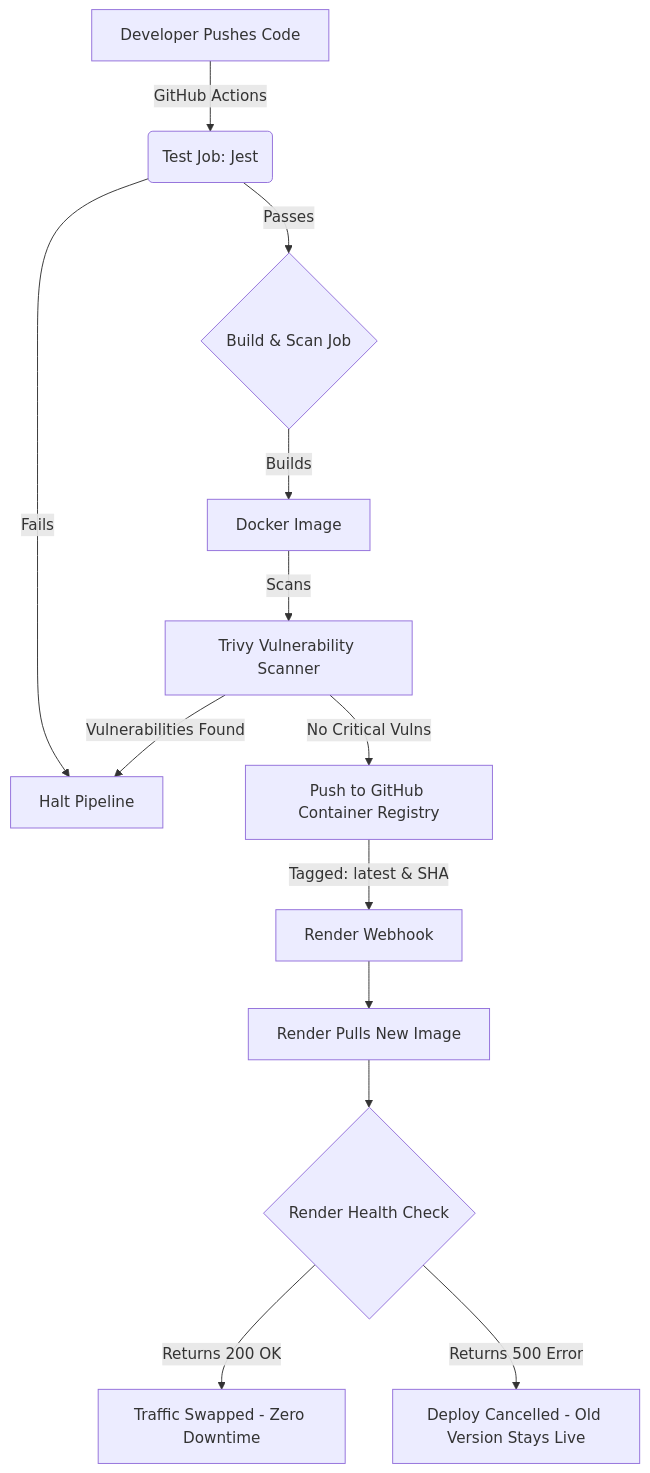
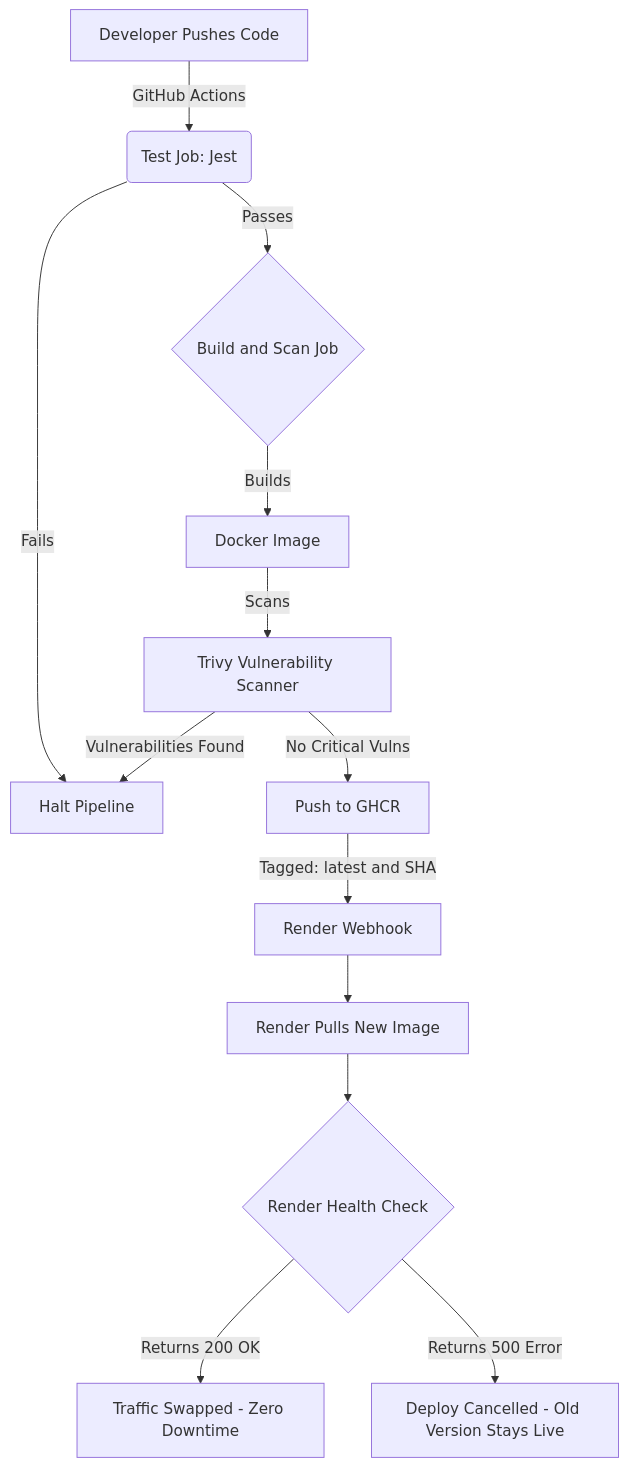
One commit to Shubhamsah27/Automated_Deployment changed the diagram in README.md. Above: the diagram before and after it, drawn with Mermaid.

Commit message:
Docs: Fix Mermaid diagram syntax

````diff
--- a/README.md
+++ b/README.md
@@ -16,18 +16,18 @@
 ```mermaid
 graph TD
     A[Developer Pushes Code] -->|GitHub Actions| B(Test Job: Jest)
-    B -->|Passes| C{Build & Scan Job}
+    B -->|Passes| C{Build and Scan Job}
     B -->|Fails| X[Halt Pipeline]
     
     C -->|Builds| D[Docker Image]
     D -->|Scans| E[Trivy Vulnerability Scanner]
-    E -->|No Critical Vulns| F[Push to GitHub Container Registry]
+    E -->|No Critical Vulns| F[Push to GHCR]
     E -->|Vulnerabilities Found| X
     
-    F -->|Tagged: latest & SHA| G[Render Webhook]
+    F -->|Tagged: latest and SHA| G[Render Webhook]
     G --> H[Render Pulls New Image]
     H --> I{Render Health Check}
     
     I -->|Returns 200 OK| J[Traffic Swapped - Zero Downtime]
     I -->|Returns 500 Error| K[Deploy Cancelled - Old Version Stays Live]
 ```
````
